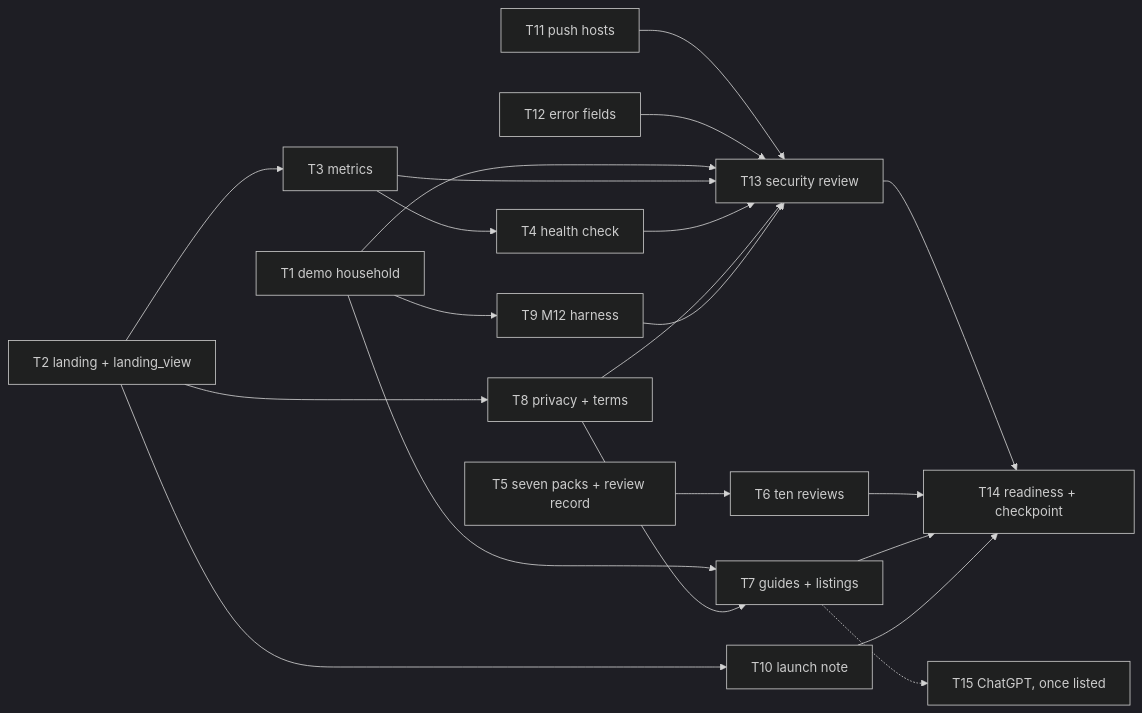
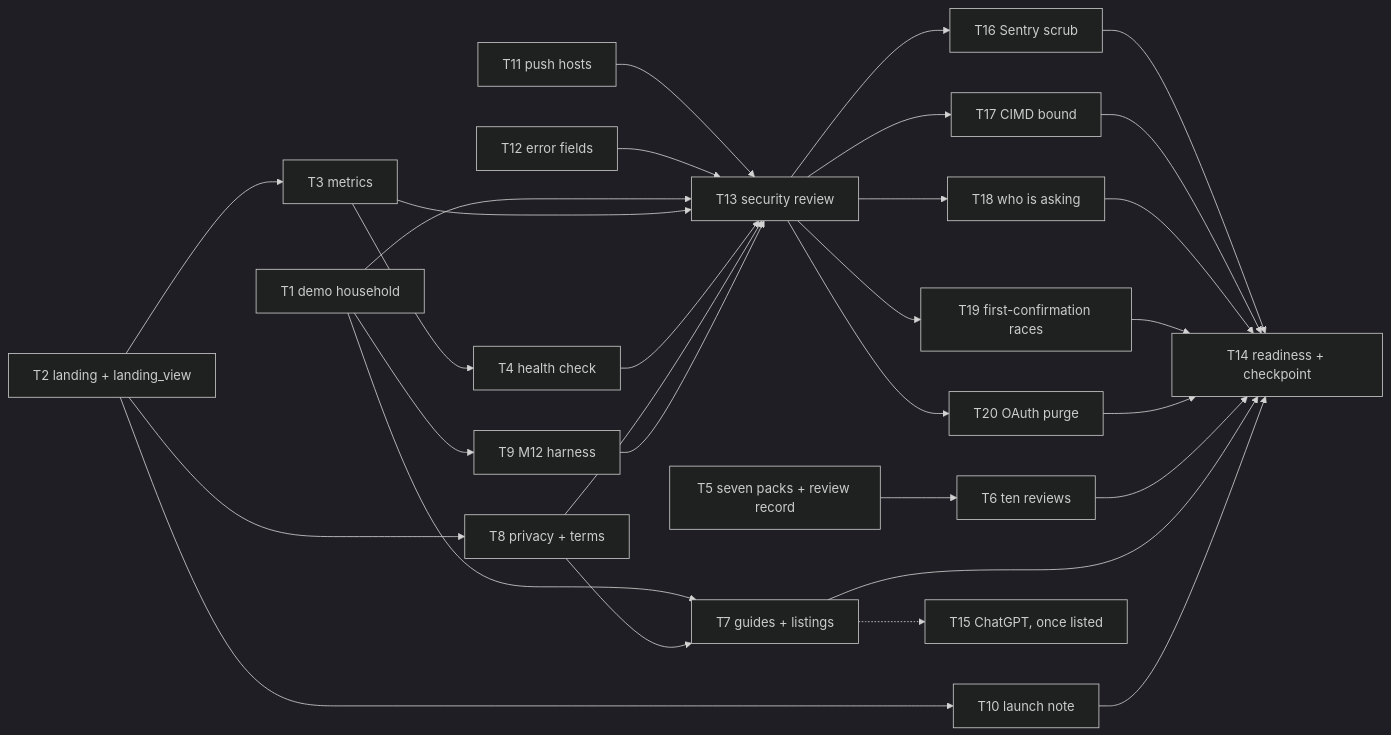
One commit to terrence0488/netnet changed the fourth of 4 diagrams in docs/04-plan.md. Above: the diagram before and after it, drawn with Mermaid (dark theme). The commit also changed other lines of this file and 9 other files, not shown here.

````diff
--- a/docs/04-plan.md
+++ b/docs/04-plan.md
@@ -495,13 +500,15 @@
 ```mermaid
 flowchart LR
   T1[T1 demo household] --> T7[T7 guides + listings] & T9[T9 M12 harness]
   T2[T2 landing + landing_view] --> T3[T3 metrics] & T8[T8 privacy + terms] & T10[T10 launch note]
   T3 --> T4[T4 health check]
   T8 --> T7
   T5[T5 seven packs + review record] --> T6[T6 ten reviews]
   T11[T11 push hosts] & T12[T12 error fields] --> T13[T13 security review]
   T1 & T3 & T4 & T8 & T9 --> T13
-  T13 --> T14[T14 readiness + checkpoint]
+  T13 --> T16[T16 Sentry scrub] & T17[T17 CIMD bound] & T18[T18 who is asking]
+  T13 --> T19[T19 first-confirmation races] & T20[T20 OAuth purge]
+  T16 & T17 & T18 & T19 & T20 --> T14[T14 readiness + checkpoint]
   T6 & T7 & T10 --> T14
   T7 -.-> T15[T15 ChatGPT, once listed]
 ```
````
